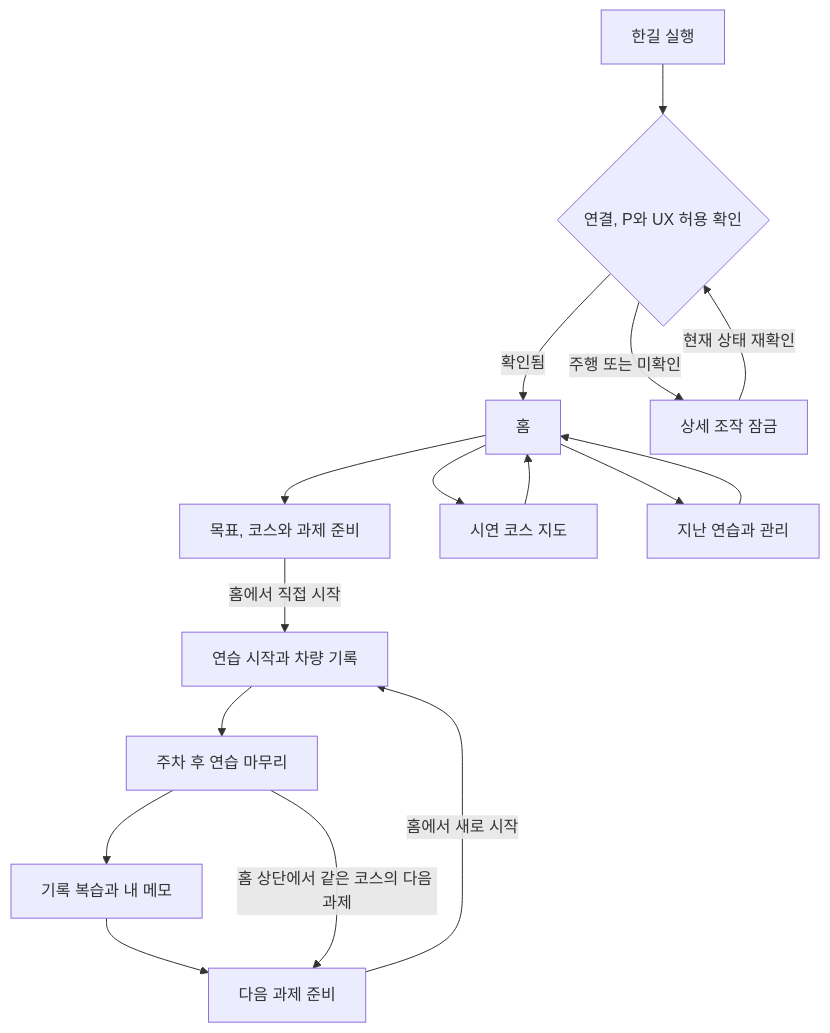
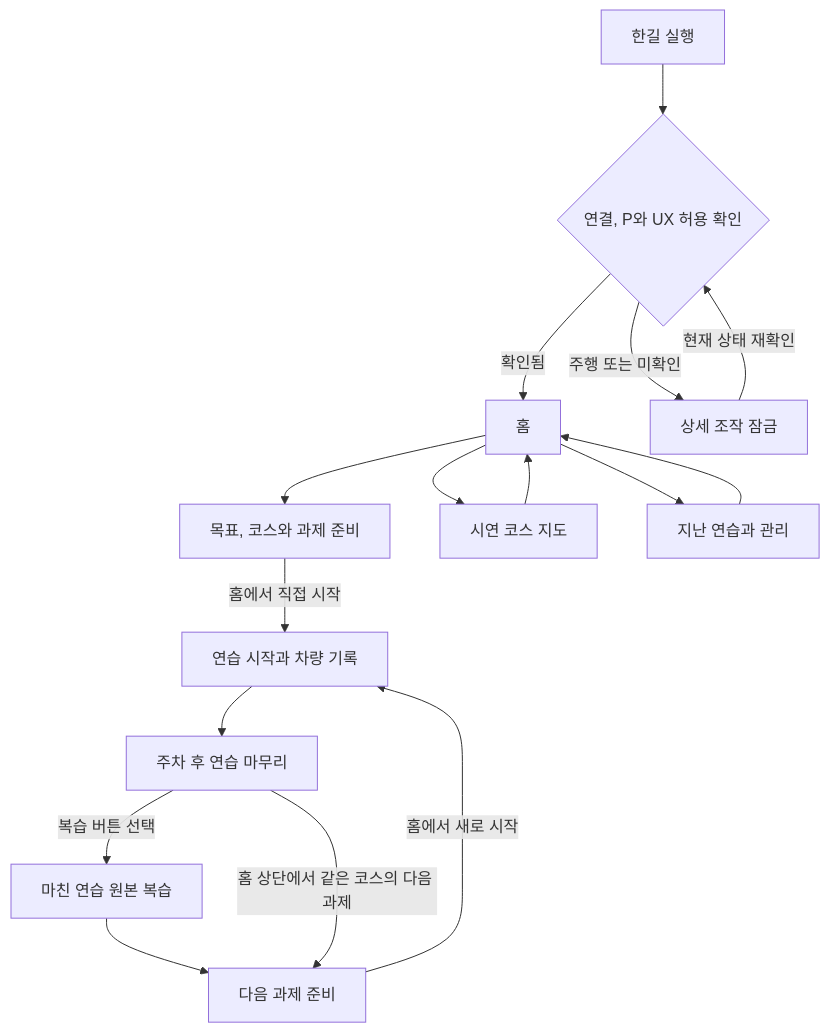
One commit to HanGilLab/Android changed the first of 9 diagrams in docs/development/app-usage-flow.md. Above: the diagram before and after it, drawn with Mermaid. The commit also changed other lines of this file and 2 other files, not shown here.

Commit message:
docs: align contest draft with current practice flow (#104)

````diff
--- a/docs/development/app-usage-flow.md
+++ b/docs/development/app-usage-flow.md
@@ -7,18 +7,18 @@
 ```mermaid
 flowchart TD
     launchApp["한길 실행"] --> safetyCheck{"연결, P와 UX 허용 확인"}
     safetyCheck -->|"확인됨"| home["홈"]
     safetyCheck -->|"주행 또는 미확인"| locked["상세 조작 잠금"]
     locked -->|"현재 상태 재확인"| safetyCheck
     home --> preparation["목표, 코스와 과제 준비"]
     preparation -->|"홈에서 직접 시작"| activeSession["연습 시작과 차량 기록"]
     activeSession --> recent["주차 후 연습 마무리"]
-    recent --> recentReview["기록 복습과 내 메모"]
+    recent -->|"복습 버튼 선택"| recentReview["마친 연습 원본 복습"]
     recentReview --> nextPractice["다음 과제 준비"]
     recent -->|"홈 상단에서 같은 코스의 다음 과제"| nextPractice
     nextPractice -->|"홈에서 새로 시작"| activeSession
     home --> courseMap["시연 코스 지도"]
     home --> history["지난 연습과 관리"]
     courseMap --> home
     history --> home
 ```
````
